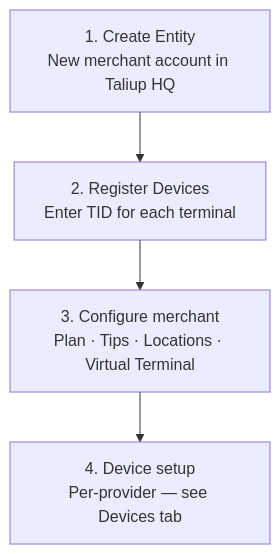
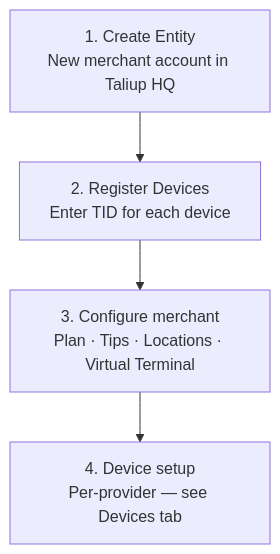
One commit to Taliup/docs changed the diagram in taliup-hq/index.mdx. Above: the diagram before and after it, drawn with Mermaid. The commit also changed other lines of this file and 4 other files, not shown here.

````diff
--- a/taliup-hq/index.mdx
+++ b/taliup-hq/index.mdx
@@ -17,9 +17,9 @@
 ```mermaid
 flowchart TD
     createEntity["1. Create Entity\nNew merchant account in Taliup HQ"]
-    addDevices["2. Register Devices\nEnter TID for each terminal"]
+    addDevices["2. Register Devices\nEnter TID for each device"]
     configure["3. Configure merchant\nPlan · Tips · Locations · Virtual Terminal"]
     deviceSetup["4. Device setup\nPer-provider — see Devices tab"]
 
     createEntity --> addDevices --> configure --> deviceSetup
 ```
````
